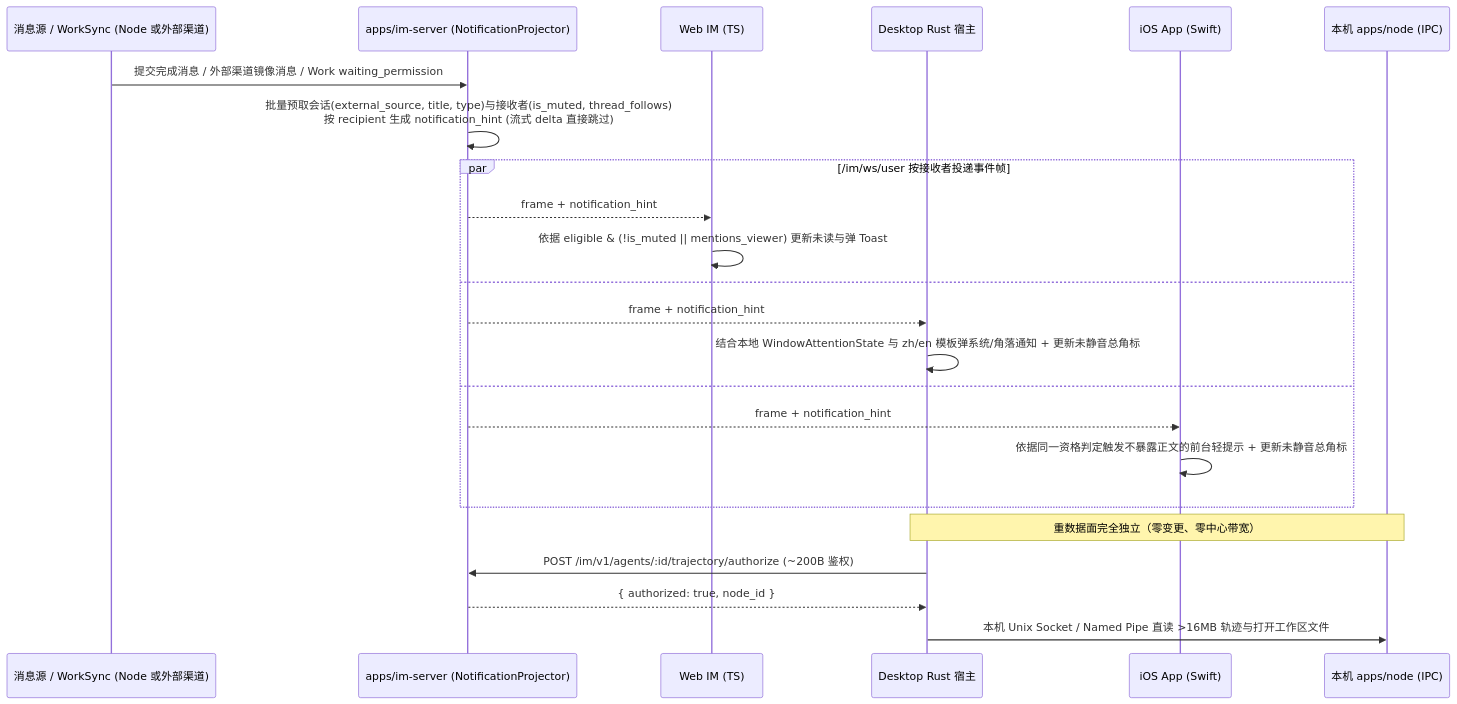
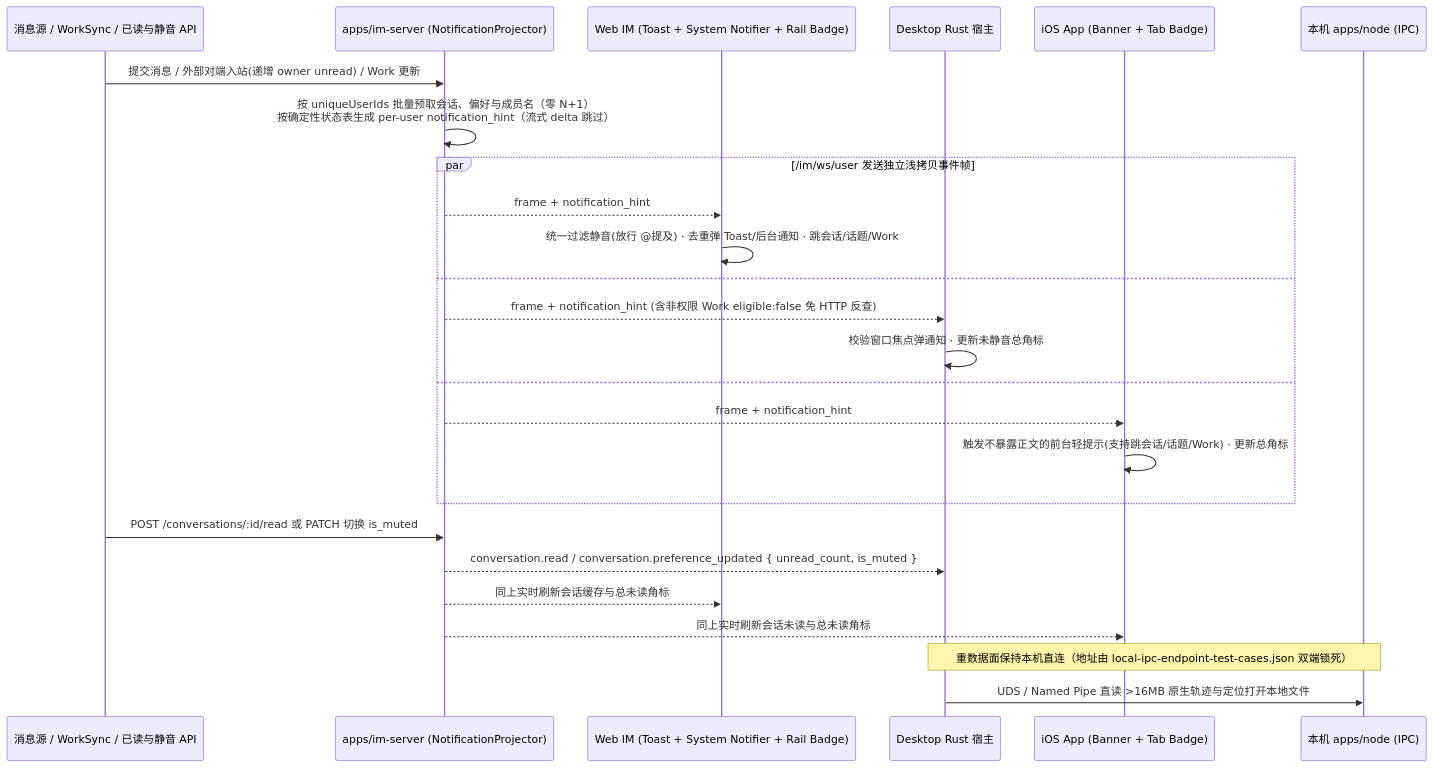
Before and after one commit to Mrchen116/nano-multiagent: the second of 2 diagrams in docs/changes/refactor-800-multi-platform-parity/design.md, drawn with Mermaid. The commit also changed other lines of this file and 4 other files, not shown here.

````diff
--- a/docs/changes/refactor-800-multi-platform-parity/design.md
+++ b/docs/changes/refactor-800-multi-platform-parity/design.md
@@ -135,27 +137,30 @@
 ```mermaid
 sequenceDiagram
-  participant Src as 消息源 / WorkSync (Node 或外部渠道)
+  participant Src as 消息源 / WorkSync / 已读与静音 API
   participant IM as apps/im-server (NotificationProjector)
-  participant Web as Web IM (TS)
+  participant Web as Web IM (Toast + System Notifier + Rail Badge)
   participant Desk as Desktop Rust 宿主
-  participant IOS as iOS App (Swift)
+  participant IOS as iOS App (Banner + Tab Badge)
   participant LocalNode as 本机 apps/node (IPC)
 
-  Src->>IM: 提交完成消息 / 外部渠道镜像消息 / Work waiting_permission
-  IM->>IM: 批量预取会话(external_source, title, type)与接收者(is_muted, thread_follows)<br/>按 recipient 生成 notification_hint (流式 delta 直接跳过)
-  par /im/ws/user 按接收者投递事件帧
+  Src->>IM: 提交消息 / 外部对端入站(递增 owner unread) / Work 更新
+  IM->>IM: 按 uniqueUserIds 批量预取会话、偏好与成员名（零 N+1）<br/>按确定性状态表生成 per-user notification_hint（流式 delta 跳过）
+  par /im/ws/user 发送独立浅拷贝事件帧
     IM-->>Web: frame + notification_hint
-    Web->>Web: 依据 eligible & (!is_muted || mentions_viewer) 更新未读与弹 Toast
+    Web->>Web: 统一过滤静音(放行 @提及) · 去重弹 Toast/后台通知 · 跳会话/话题/Work
   and
-    IM-->>Desk: frame + notification_hint
-    Desk->>Desk: 结合本地 WindowAttentionState 与 zh/en 模板弹系统/角落通知 + 更新未静音总角标
+    IM-->>Desk: frame + notification_hint (含非权限 Work eligible:false 免 HTTP 反查)
+    Desk->>Desk: 校验窗口焦点弹通知 · 更新未静音总角标
   and
     IM-->>IOS: frame + notification_hint
-    IOS->>IOS: 依据同一资格判定触发不暴露正文的前台轻提示 + 更新未静音总角标
+    IOS->>IOS: 触发不暴露正文的前台轻提示(支持跳会话/话题/Work) · 更新总角标
   end
 
-  Note over Desk,LocalNode: 重数据面完全独立（零变更、零中心带宽）
-  Desk->>IM: POST /im/v1/agents/:id/trajectory/authorize (~200B 鉴权)
-  IM-->>Desk: { authorized: true, node_id }
-  Desk->>LocalNode: 本机 Unix Socket / Named Pipe 直读 >16MB 轨迹与打开工作区文件
+  Src->>IM: POST /conversations/:id/read 或 PATCH 切换 is_muted
+  IM-->>Desk: conversation.read / conversation.preference_updated { unread_count, is_muted }
+  IM-->>Web: 同上实时刷新会话缓存与总未读角标
+  IM-->>IOS: 同上实时刷新会话未读与总未读角标
+
+  Note over Desk,LocalNode: 重数据面保持本机直连（地址由 local-ipc-endpoint-test-cases.json 双端锁死）
+  Desk->>LocalNode: UDS / Named Pipe 直读 >16MB 原生轨迹与定位打开本地文件
 ```
````
